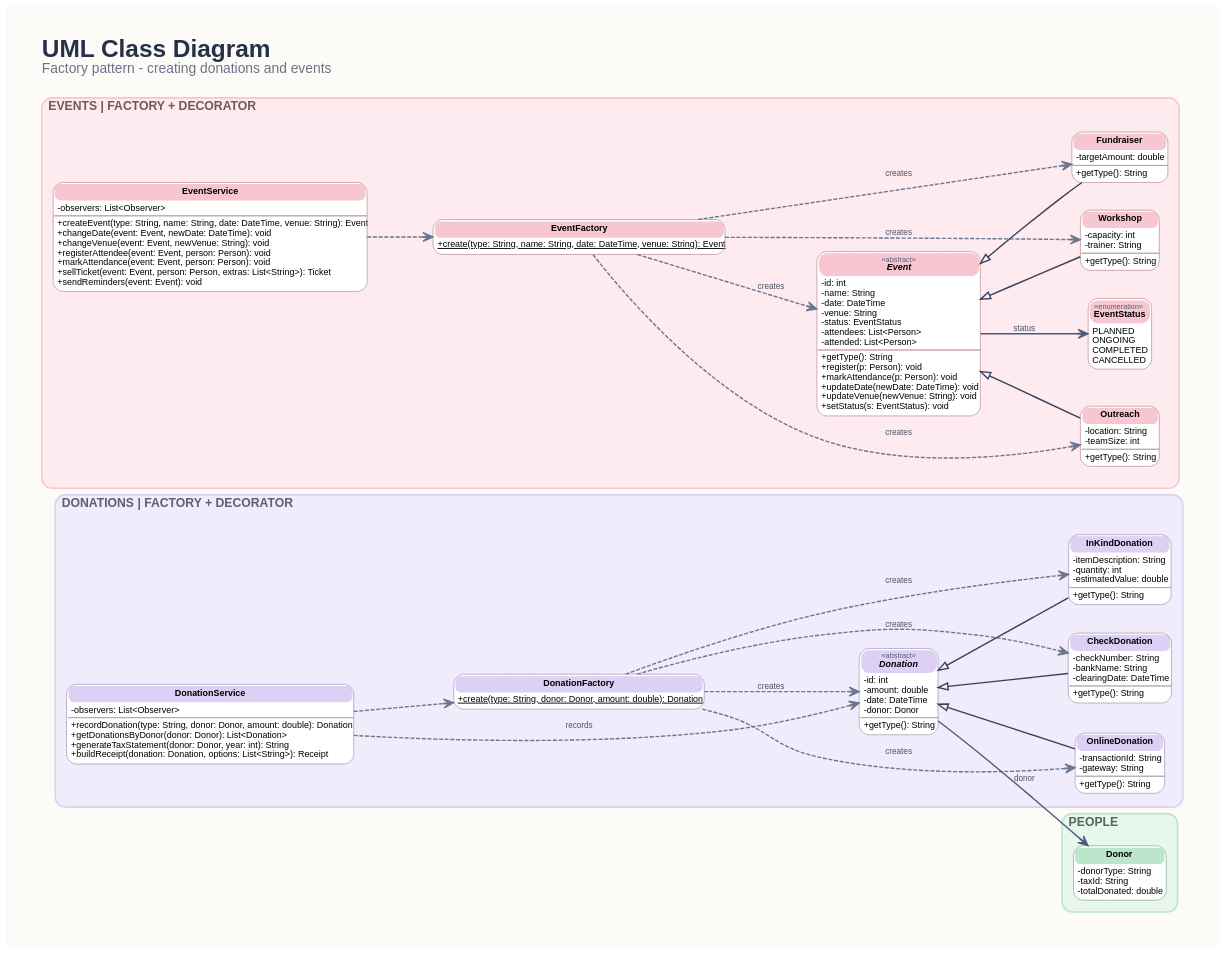
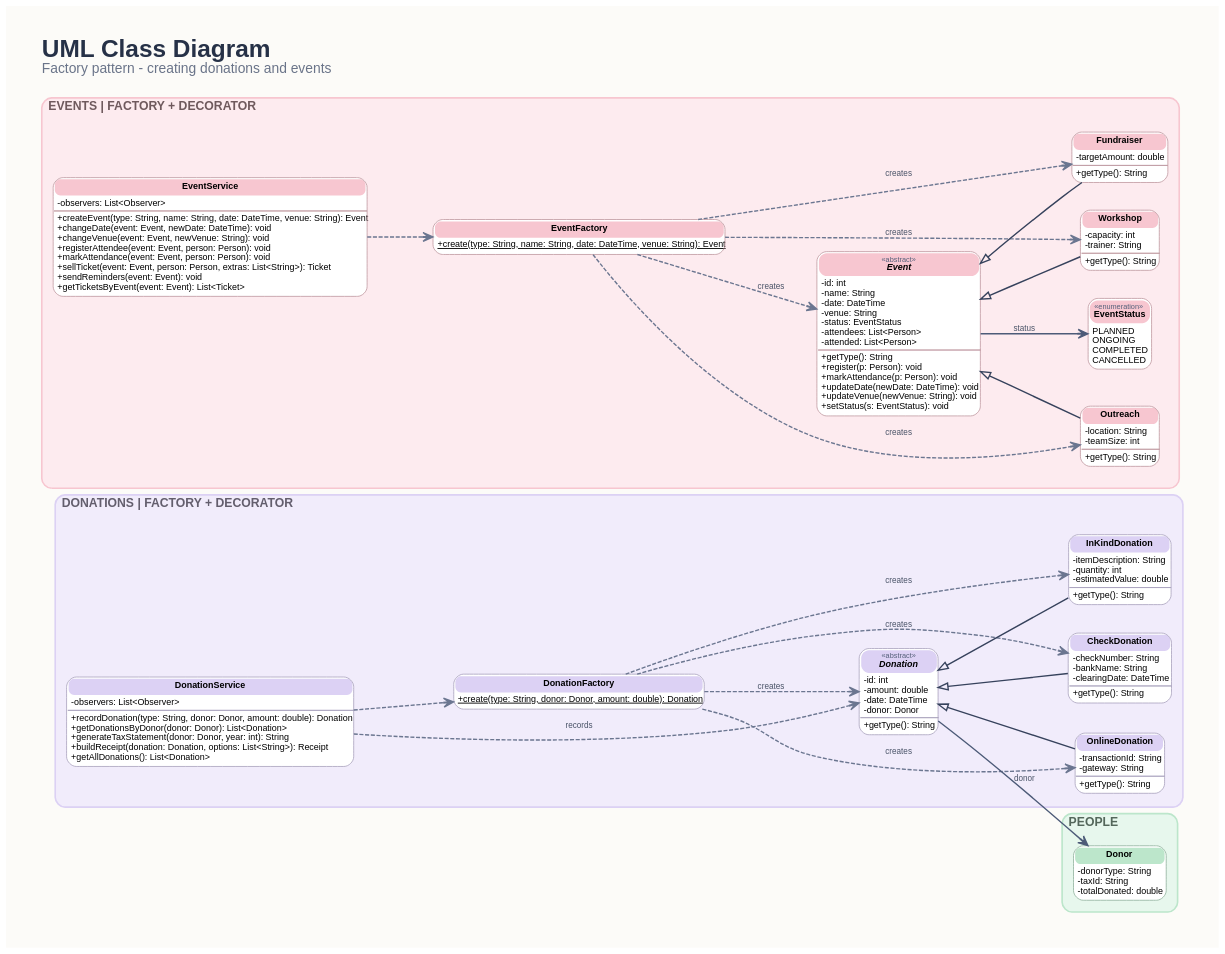
Before and after one commit to ahmed-khaled04/donation-management-system: the diagram in docs/class-diagram/05-factory.dot, drawn with Graphviz. The commit also changed 23 other files, not shown here.

Commit message:
Update class diagrams and SRS for the dashboard, login and validation

```diff
--- a/docs/class-diagram/05-factory.dot
+++ b/docs/class-diagram/05-factory.dot
@@ -1,74 +1,80 @@
 digraph G {
   graph [layout=dot, rankdir=LR, splines=true, overlap=false, compound=true, newrank=true,
          nodesep=0.45, ranksep=1.1, remincross=true, mclimit=4, pad=0.5, bgcolor="#fcfbf8", fontname="Helvetica,sans-Serif",
          labelloc=t, labeljust=l, style="rounded,filled", penwidth=2,
          label=<<FONT POINT-SIZE="30" COLOR="#263147"><B>UML Class Diagram</B></FONT><BR ALIGN="LEFT"/><FONT POINT-SIZE="17" COLOR="#6a7489">Factory pattern - creating donations and events</FONT><BR ALIGN="LEFT"/> <BR ALIGN="LEFT"/>>];
   node [shape=plain, fontname="Helvetica,sans-Serif", fontsize=11];
   edge [fontname="Helvetica,sans-Serif", fontsize=10, fontcolor="#4a5468", penwidth=1.7, arrowsize=1.2];
   subgraph cluster_OBS {
     label=<<FONT POINT-SIZE="15" COLOR="#6f674a"><B>OBSERVERS | OBSERVER</B></FONT>>; fillcolor="#fff8dc"; color="#f7e7a6"; margin=14;
   }
   subgraph cluster_NOTI {
     label=<<FONT POINT-SIZE="15" COLOR="#55676c"><B>NOTIFICATIONS | STRATEGY</B></FONT>>; fillcolor="#e6f6fa"; color="#bde5f0"; margin=14;
   }
   subgraph cluster_PEOPLE {
     label=<<FONT POINT-SIZE="15" COLOR="#54675b"><B>PEOPLE</B></FONT>>; fillcolor="#e7f7ed"; color="#bce6cb"; margin=14;
     Donor [label=<<TABLE BORDER="1" CELLBORDER="0" CELLSPACING="1" CELLPADDING="3" STYLE="ROUNDED" BGCOLOR="white" COLOR="#92b39e"><TR><TD BGCOLOR="#bce6cb" STYLE="ROUNDED" CELLPADDING="4"><B>Donor</B></TD></TR><TR><TD ALIGN="LEFT" BALIGN="LEFT">-donorType: String<BR ALIGN="LEFT"/>-taxId: String<BR ALIGN="LEFT"/>-totalDonated: double<BR ALIGN="LEFT"/></TD></TR></TABLE>>];
   }
   subgraph cluster_DON {
     label=<<FONT POINT-SIZE="15" COLOR="#635e6d"><B>DONATIONS | FACTORY + DECORATOR</B></FONT>>; fillcolor="#f1ecfb"; color="#dcd1f4"; margin=14;
-    DonationService [label=<<TABLE BORDER="1" CELLBORDER="0" CELLSPACING="1" CELLPADDING="3" STYLE="ROUNDED" BGCOLOR="white" COLOR="#aba3be"><TR><TD BGCOLOR="#dcd1f4" STYLE="ROUNDED" CELLPADDING="4"><B>DonationService</B></TD></TR><TR><TD ALIGN="LEFT" BALIGN="LEFT">-observers: List&lt;Observer&gt;<BR ALIGN="LEFT"/></TD></TR><HR/><TR><TD ALIGN="LEFT" BALIGN="LEFT">+recordDonation(type: String, donor: Donor, amount: double): Donation<BR ALIGN="LEFT"/>+getDonationsByDonor(donor: Donor): List&lt;Donation&gt;<BR ALIGN="LEFT"/>+generateTaxStatement(donor: Donor, year: int): String<BR ALIGN="LEFT"/>+buildReceipt(donation: Donation, options: List&lt;String&gt;): Receipt<BR ALIGN="LEFT"/></TD></TR></TABLE>>];
+    DonationService [label=<<TABLE BORDER="1" CELLBORDER="0" CELLSPACING="1" CELLPADDING="3" STYLE="ROUNDED" BGCOLOR="white" COLOR="#aba3be"><TR><TD BGCOLOR="#dcd1f4" STYLE="ROUNDED" CELLPADDING="4"><B>DonationService</B></TD></TR><TR><TD ALIGN="LEFT" BALIGN="LEFT">-observers: List&lt;Observer&gt;<BR ALIGN="LEFT"/></TD></TR><HR/><TR><TD ALIGN="LEFT" BALIGN="LEFT">+recordDonation(type: String, donor: Donor, amount: double): Donation<BR ALIGN="LEFT"/>+getDonationsByDonor(donor: Donor): List&lt;Donation&gt;<BR ALIGN="LEFT"/>+generateTaxStatement(donor: Donor, year: int): String<BR ALIGN="LEFT"/>+buildReceipt(donation: Donation, options: List&lt;String&gt;): Receipt<BR ALIGN="LEFT"/>+getAllDonations(): List&lt;Donation&gt;<BR ALIGN="LEFT"/></TD></TR></TABLE>>];
     DonationFactory [label=<<TABLE BORDER="1" CELLBORDER="0" CELLSPACING="1" CELLPADDING="3" STYLE="ROUNDED" BGCOLOR="white" COLOR="#aba3be"><TR><TD BGCOLOR="#dcd1f4" STYLE="ROUNDED" CELLPADDING="4"><B>DonationFactory</B></TD></TR><TR><TD ALIGN="LEFT" BALIGN="LEFT"><U>+create(type: String, donor: Donor, amount: double): Donation</U><BR ALIGN="LEFT"/></TD></TR></TABLE>>];
     Donation [label=<<TABLE BORDER="1" CELLBORDER="0" CELLSPACING="1" CELLPADDING="3" STYLE="ROUNDED" BGCOLOR="white" COLOR="#aba3be"><TR><TD BGCOLOR="#dcd1f4" STYLE="ROUNDED" CELLPADDING="4"><FONT POINT-SIZE="9" COLOR="#55607a">«abstract»</FONT><BR/><I><B>Donation</B></I></TD></TR><TR><TD ALIGN="LEFT" BALIGN="LEFT">-id: int<BR ALIGN="LEFT"/>-amount: double<BR ALIGN="LEFT"/>-date: DateTime<BR ALIGN="LEFT"/>-donor: Donor<BR ALIGN="LEFT"/></TD></TR><HR/><TR><TD ALIGN="LEFT" BALIGN="LEFT">+getType(): String<BR ALIGN="LEFT"/></TD></TR></TABLE>>];
     OnlineDonation [label=<<TABLE BORDER="1" CELLBORDER="0" CELLSPACING="1" CELLPADDING="3" STYLE="ROUNDED" BGCOLOR="white" COLOR="#aba3be"><TR><TD BGCOLOR="#dcd1f4" STYLE="ROUNDED" CELLPADDING="4"><B>OnlineDonation</B></TD></TR><TR><TD ALIGN="LEFT" BALIGN="LEFT">-transactionId: String<BR ALIGN="LEFT"/>-gateway: String<BR ALIGN="LEFT"/></TD></TR><HR/><TR><TD ALIGN="LEFT" BALIGN="LEFT">+getType(): String<BR ALIGN="LEFT"/></TD></TR></TABLE>>];
     CheckDonation [label=<<TABLE BORDER="1" CELLBORDER="0" CELLSPACING="1" CELLPADDING="3" STYLE="ROUNDED" BGCOLOR="white" COLOR="#aba3be"><TR><TD BGCOLOR="#dcd1f4" STYLE="ROUNDED" CELLPADDING="4"><B>CheckDonation</B></TD></TR><TR><TD ALIGN="LEFT" BALIGN="LEFT">-checkNumber: String<BR ALIGN="LEFT"/>-bankName: String<BR ALIGN="LEFT"/>-clearingDate: DateTime<BR ALIGN="LEFT"/></TD></TR><HR/><TR><TD ALIGN="LEFT" BALIGN="LEFT">+getType(): String<BR ALIGN="LEFT"/></TD></TR></TABLE>>];
     InKindDonation [label=<<TABLE BORDER="1" CELLBORDER="0" CELLSPACING="1" CELLPADDING="3" STYLE="ROUNDED" BGCOLOR="white" COLOR="#aba3be"><TR><TD BGCOLOR="#dcd1f4" STYLE="ROUNDED" CELLPADDING="4"><B>InKindDonation</B></TD></TR><TR><TD ALIGN="LEFT" BALIGN="LEFT">-itemDescription: String<BR ALIGN="LEFT"/>-quantity: int<BR ALIGN="LEFT"/>-estimatedValue: double<BR ALIGN="LEFT"/></TD></TR><HR/><TR><TD ALIGN="LEFT" BALIGN="LEFT">+getType(): String<BR ALIGN="LEFT"/></TD></TR></TABLE>>];
   }
   subgraph cluster_EVT {
     label=<<FONT POINT-SIZE="15" COLOR="#6f595d"><B>EVENTS | FACTORY + DECORATOR</B></FONT>>; fillcolor="#fdebef"; color="#f7c6d0"; margin=14;
-    EventService [label=<<TABLE BORDER="1" CELLBORDER="0" CELLSPACING="1" CELLPADDING="3" STYLE="ROUNDED" BGCOLOR="white" COLOR="#c09aa2"><TR><TD BGCOLOR="#f7c6d0" STYLE="ROUNDED" CELLPADDING="4"><B>EventService</B></TD></TR><TR><TD ALIGN="LEFT" BALIGN="LEFT">-observers: List&lt;Observer&gt;<BR ALIGN="LEFT"/></TD></TR><HR/><TR><TD ALIGN="LEFT" BALIGN="LEFT">+createEvent(type: String, name: String, date: DateTime, venue: String): Event<BR ALIGN="LEFT"/>+changeDate(event: Event, newDate: DateTime): void<BR ALIGN="LEFT"/>+changeVenue(event: Event, newVenue: String): void<BR ALIGN="LEFT"/>+registerAttendee(event: Event, person: Person): void<BR ALIGN="LEFT"/>+markAttendance(event: Event, person: Person): void<BR ALIGN="LEFT"/>+sellTicket(event: Event, person: Person, extras: List&lt;String&gt;): Ticket<BR ALIGN="LEFT"/>+sendReminders(event: Event): void<BR ALIGN="LEFT"/></TD></TR></TABLE>>];
+    EventService [label=<<TABLE BORDER="1" CELLBORDER="0" CELLSPACING="1" CELLPADDING="3" STYLE="ROUNDED" BGCOLOR="white" COLOR="#c09aa2"><TR><TD BGCOLOR="#f7c6d0" STYLE="ROUNDED" CELLPADDING="4"><B>EventService</B></TD></TR><TR><TD ALIGN="LEFT" BALIGN="LEFT">-observers: List&lt;Observer&gt;<BR ALIGN="LEFT"/></TD></TR><HR/><TR><TD ALIGN="LEFT" BALIGN="LEFT">+createEvent(type: String, name: String, date: DateTime, venue: String): Event<BR ALIGN="LEFT"/>+changeDate(event: Event, newDate: DateTime): void<BR ALIGN="LEFT"/>+changeVenue(event: Event, newVenue: String): void<BR ALIGN="LEFT"/>+registerAttendee(event: Event, person: Person): void<BR ALIGN="LEFT"/>+markAttendance(event: Event, person: Person): void<BR ALIGN="LEFT"/>+sellTicket(event: Event, person: Person, extras: List&lt;String&gt;): Ticket<BR ALIGN="LEFT"/>+sendReminders(event: Event): void<BR ALIGN="LEFT"/>+getTicketsByEvent(event: Event): List&lt;Ticket&gt;<BR ALIGN="LEFT"/></TD></TR></TABLE>>];
     EventFactory [label=<<TABLE BORDER="1" CELLBORDER="0" CELLSPACING="1" CELLPADDING="3" STYLE="ROUNDED" BGCOLOR="white" COLOR="#c09aa2"><TR><TD BGCOLOR="#f7c6d0" STYLE="ROUNDED" CELLPADDING="4"><B>EventFactory</B></TD></TR><TR><TD ALIGN="LEFT" BALIGN="LEFT"><U>+create(type: String, name: String, date: DateTime, venue: String): Event</U><BR ALIGN="LEFT"/></TD></TR></TABLE>>];
     Event [label=<<TABLE BORDER="1" CELLBORDER="0" CELLSPACING="1" CELLPADDING="3" STYLE="ROUNDED" BGCOLOR="white" COLOR="#c09aa2"><TR><TD BGCOLOR="#f7c6d0" STYLE="ROUNDED" CELLPADDING="4"><FONT POINT-SIZE="9" COLOR="#55607a">«abstract»</FONT><BR/><I><B>Event</B></I></TD></TR><TR><TD ALIGN="LEFT" BALIGN="LEFT">-id: int<BR ALIGN="LEFT"/>-name: String<BR ALIGN="LEFT"/>-date: DateTime<BR ALIGN="LEFT"/>-venue: String<BR ALIGN="LEFT"/>-status: EventStatus<BR ALIGN="LEFT"/>-attendees: List&lt;Person&gt;<BR ALIGN="LEFT"/>-attended: List&lt;Person&gt;<BR ALIGN="LEFT"/></TD></TR><HR/><TR><TD ALIGN="LEFT" BALIGN="LEFT">+getType(): String<BR ALIGN="LEFT"/>+register(p: Person): void<BR ALIGN="LEFT"/>+markAttendance(p: Person): void<BR ALIGN="LEFT"/>+updateDate(newDate: DateTime): void<BR ALIGN="LEFT"/>+updateVenue(newVenue: String): void<BR ALIGN="LEFT"/>+setStatus(s: EventStatus): void<BR ALIGN="LEFT"/></TD></TR></TABLE>>];
     Fundraiser [label=<<TABLE BORDER="1" CELLBORDER="0" CELLSPACING="1" CELLPADDING="3" STYLE="ROUNDED" BGCOLOR="white" COLOR="#c09aa2"><TR><TD BGCOLOR="#f7c6d0" STYLE="ROUNDED" CELLPADDING="4"><B>Fundraiser</B></TD></TR><TR><TD ALIGN="LEFT" BALIGN="LEFT">-targetAmount: double<BR ALIGN="LEFT"/></TD></TR><HR/><TR><TD ALIGN="LEFT" BALIGN="LEFT">+getType(): String<BR ALIGN="LEFT"/></TD></TR></TABLE>>];
     Workshop [label=<<TABLE BORDER="1" CELLBORDER="0" CELLSPACING="1" CELLPADDING="3" STYLE="ROUNDED" BGCOLOR="white" COLOR="#c09aa2"><TR><TD BGCOLOR="#f7c6d0" STYLE="ROUNDED" CELLPADDING="4"><B>Workshop</B></TD></TR><TR><TD ALIGN="LEFT" BALIGN="LEFT">-capacity: int<BR ALIGN="LEFT"/>-trainer: String<BR ALIGN="LEFT"/></TD></TR><HR/><TR><TD ALIGN="LEFT" BALIGN="LEFT">+getType(): String<BR ALIGN="LEFT"/></TD></TR></TABLE>>];
     Outreach [label=<<TABLE BORDER="1" CELLBORDER="0" CELLSPACING="1" CELLPADDING="3" STYLE="ROUNDED" BGCOLOR="white" COLOR="#c09aa2"><TR><TD BGCOLOR="#f7c6d0" STYLE="ROUNDED" CELLPADDING="4"><B>Outreach</B></TD></TR><TR><TD ALIGN="LEFT" BALIGN="LEFT">-location: String<BR ALIGN="LEFT"/>-teamSize: int<BR ALIGN="LEFT"/></TD></TR><HR/><TR><TD ALIGN="LEFT" BALIGN="LEFT">+getType(): String<BR ALIGN="LEFT"/></TD></TR></TABLE>>];
     EventStatus [label=<<TABLE BORDER="1" CELLBORDER="0" CELLSPACING="1" CELLPADDING="3" STYLE="ROUNDED" BGCOLOR="white" COLOR="#c09aa2"><TR><TD BGCOLOR="#f7c6d0" STYLE="ROUNDED" CELLPADDING="4"><FONT POINT-SIZE="9" COLOR="#55607a">«enumeration»</FONT><BR/><B>EventStatus</B></TD></TR><TR><TD ALIGN="LEFT" BALIGN="LEFT">PLANNED<BR ALIGN="LEFT"/>ONGOING<BR ALIGN="LEFT"/>COMPLETED<BR ALIGN="LEFT"/>CANCELLED<BR ALIGN="LEFT"/></TD></TR></TABLE>>];
   }
   subgraph cluster_AID {
     label=<<FONT POINT-SIZE="15" COLOR="#70634c"><B>BENEFICIARIES | STRATEGY</B></FONT>>; fillcolor="#fff3e0"; color="#f9ddaa"; margin=14;
   }
   subgraph cluster_VOL {
     label=<<FONT POINT-SIZE="15" COLOR="#665c6c"><B>VOLUNTEERS</B></FONT>>; fillcolor="#f3e9fa"; color="#e3cdf2"; margin=14;
   }
   subgraph cluster_LOOK {
     label=<<FONT POINT-SIZE="15" COLOR="#655b4c"><B>LOOKUP TABLES | CRUD</B></FONT>>; fillcolor="#f3efe8"; color="#e2d6c3"; margin=14;
   }
   subgraph cluster_VIEW {
     label=<<FONT POINT-SIZE="15" COLOR="#5d6570"><B>VIEW | MVC</B></FONT>>; fillcolor="#eaf2ff"; color="#cfe2fb"; margin=14;
   }
   subgraph cluster_CTRL {
     label=<<FONT POINT-SIZE="15" COLOR="#706154"><B>CONTROLLER | MVC</B></FONT>>; fillcolor="#fff1e5"; color="#fad9bc"; margin=14;
   }
   subgraph cluster_PERS {
     label=<<FONT POINT-SIZE="15" COLOR="#5f6265"><B>PERSISTENCE | DAO + SINGLETON</B></FONT>>; fillcolor="#f0f2f5"; color="#d5dae2"; margin=14;
   }
+  subgraph cluster_ACT {
+    label=<<FONT POINT-SIZE="15" COLOR="#62674a"><B>DASHBOARD | ACTIVITY LOG</B></FONT>>; fillcolor="#f6f9e4"; color="#e3ecb8"; margin=14;
+  }
+  subgraph cluster_VAL {
+    label=<<FONT POINT-SIZE="15" COLOR="#585c70"><B>VALIDATION</B></FONT>>; fillcolor="#eceefd"; color="#c9cff5"; margin=14;
+  }
   Donation -> OnlineDonation [dir="back", arrowtail="empty", color="#36425c"];
   Donation -> CheckDonation [dir="back", arrowtail="empty", color="#36425c"];
   Donation -> InKindDonation [dir="back", arrowtail="empty", color="#36425c"];
   DonationFactory -> Donation [arrowhead="vee", color="#6b7690", style="dashed", label="creates"];
   DonationService -> DonationFactory [arrowhead="vee", color="#6b7690", style="dashed"];
   DonationService -> Donation [arrowhead="vee", color="#6b7690", style="dashed", label="records"];
   DonationFactory -> OnlineDonation [arrowhead="vee", color="#6b7690", style="dashed", label="creates"];
   DonationFactory -> CheckDonation [arrowhead="vee", color="#6b7690", style="dashed", label="creates"];
   DonationFactory -> InKindDonation [arrowhead="vee", color="#6b7690", style="dashed", label="creates"];
   Event -> Fundraiser [dir="back", arrowtail="empty", color="#36425c"];
   Event -> Workshop [dir="back", arrowtail="empty", color="#36425c"];
   Event -> Outreach [dir="back", arrowtail="empty", color="#36425c"];
   EventFactory -> Event [arrowhead="vee", color="#6b7690", style="dashed", label="creates"];
   EventService -> EventFactory [arrowhead="vee", color="#6b7690", style="dashed"];
   Event -> EventStatus [arrowhead="vee", color="#4d5b78", label="status"];
   EventFactory -> Fundraiser [arrowhead="vee", color="#6b7690", style="dashed", label="creates"];
   EventFactory -> Workshop [arrowhead="vee", color="#6b7690", style="dashed", label="creates"];
   EventFactory -> Outreach [arrowhead="vee", color="#6b7690", style="dashed", label="creates"];
   Donation -> Donor [arrowhead="vee", color="#4d5b78", label="donor"];
 }
```
